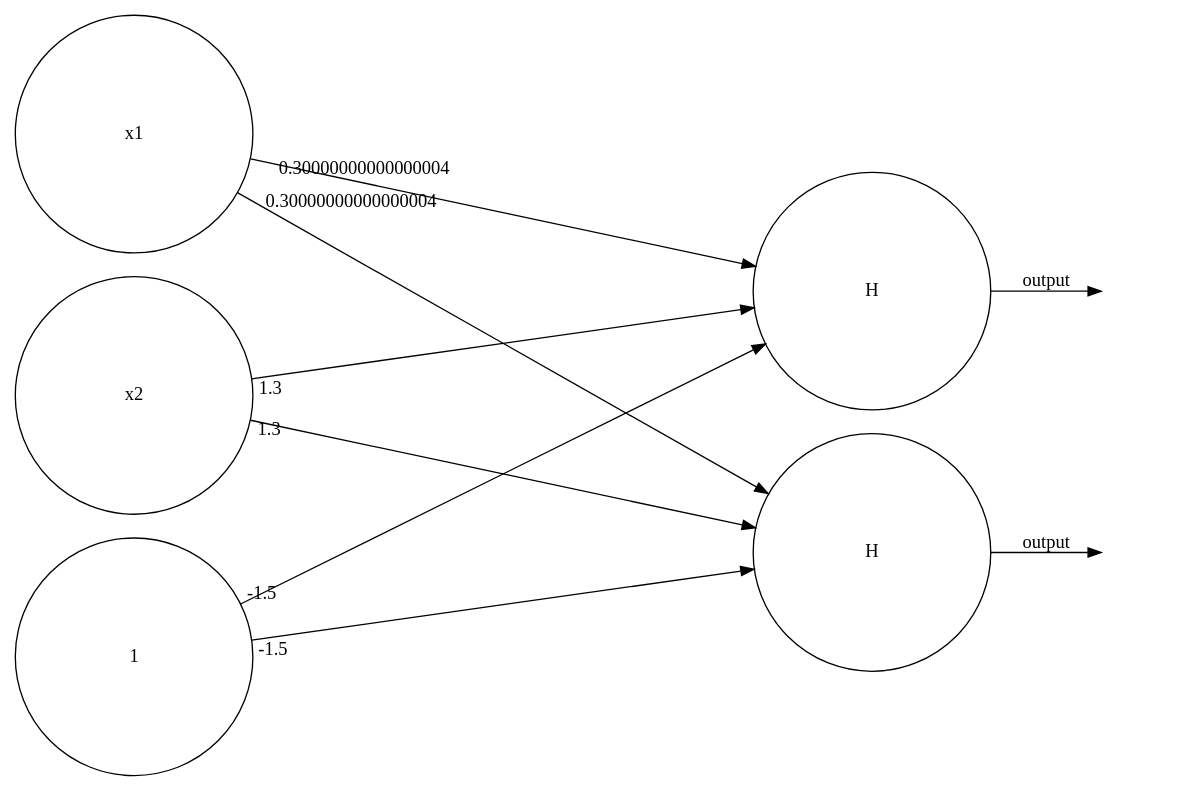
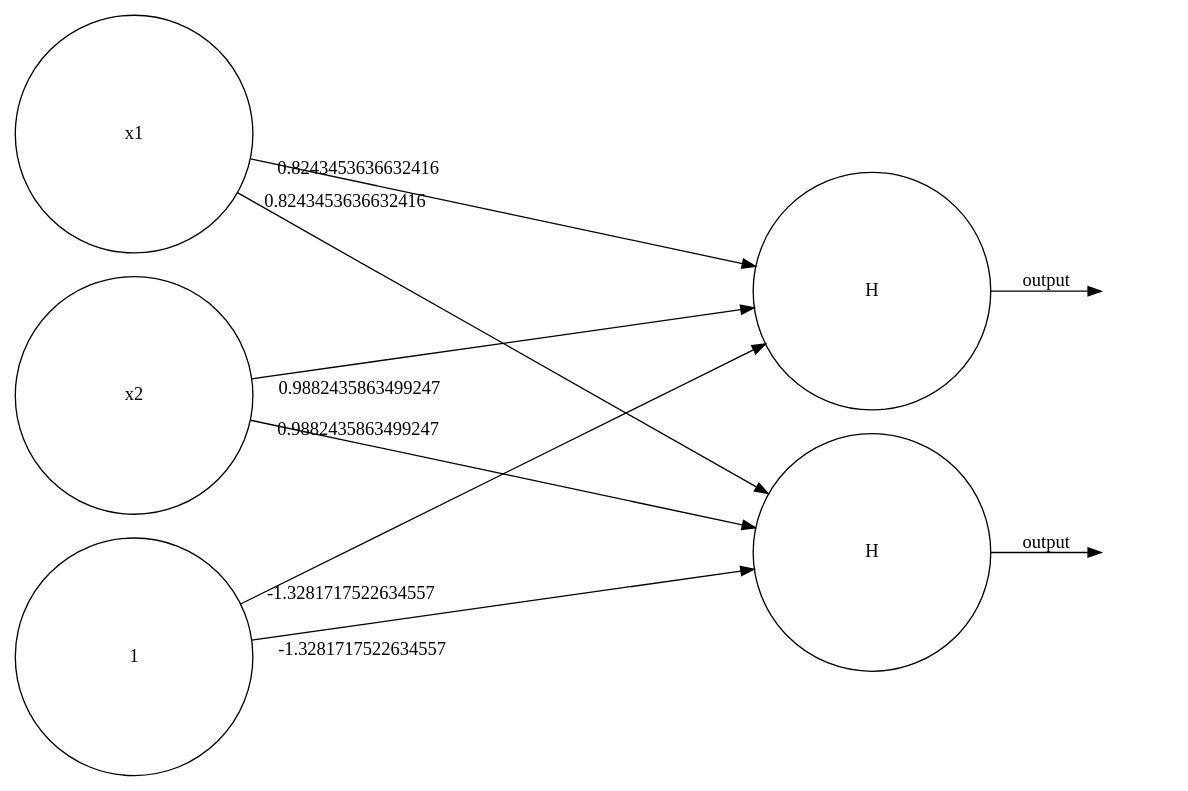
Before and after one commit to Finnyy012/MachineLearning: the diagram in graphviz_renders/netwerk.gv, drawn with Graphviz. The commit also changed 6 other files, not shown here.

```diff
--- a/graphviz_renders/netwerk.gv
+++ b/graphviz_renders/netwerk.gv
@@ -1,18 +1,18 @@
 digraph netwerk {
 	graph [label="" layout=dot ordering=in rankdir=LR splines=line]
 	0 [label=x1 fontname=Consolas shape=circle width=2.5]
-	0 -> 3 [minlen=10 taillabel=" 0.30000000000000004"]
-	0 -> 4 [minlen=10 taillabel=" 0.30000000000000004"]
+	0 -> 3 [minlen=10 taillabel=" 0.8243453636632416"]
+	0 -> 4 [minlen=10 taillabel=" 0.8243453636632416"]
 	1 [label=x2 fontname=Consolas shape=circle width=2.5]
-	1 -> 3 [minlen=10 taillabel=" 1.3"]
-	1 -> 4 [minlen=10 taillabel=" 1.3"]
+	1 -> 3 [minlen=10 taillabel=" 0.9882435863499247"]
+	1 -> 4 [minlen=10 taillabel=" 0.9882435863499247"]
 	2 [label=1 fontname=Consolas shape=circle width=2.5]
-	2 -> 3 [minlen=10 taillabel=" -1.5"]
-	2 -> 4 [minlen=10 taillabel=" -1.5"]
+	2 -> 3 [minlen=10 taillabel=" -1.3281717522634557"]
+	2 -> 4 [minlen=10 taillabel=" -1.3281717522634557"]
 	3 [label=H fontname=Consolas shape=circle width=2.5]
 	-1 [label=" " shape=none]
 	3 -> -1 [label=output]
 	4 [label=H fontname=Consolas shape=circle width=2.5]
 	-2 [label=" " shape=none]
 	4 -> -2 [label=output]
 }
```
